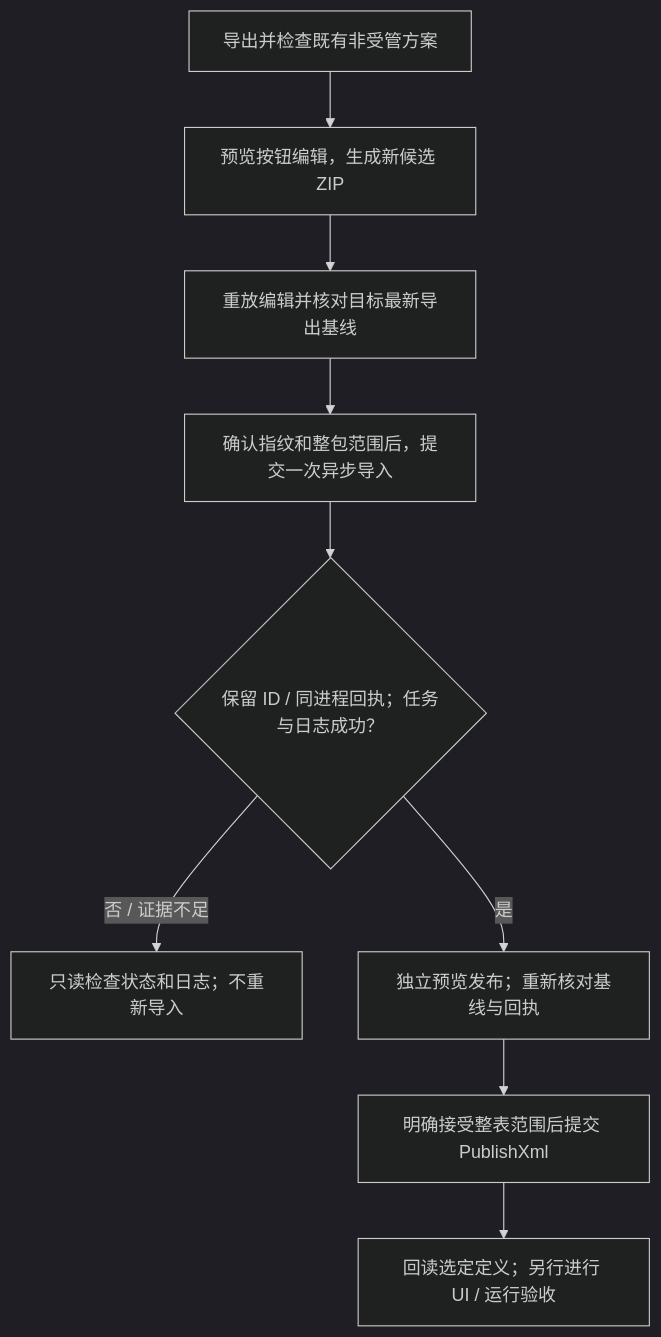
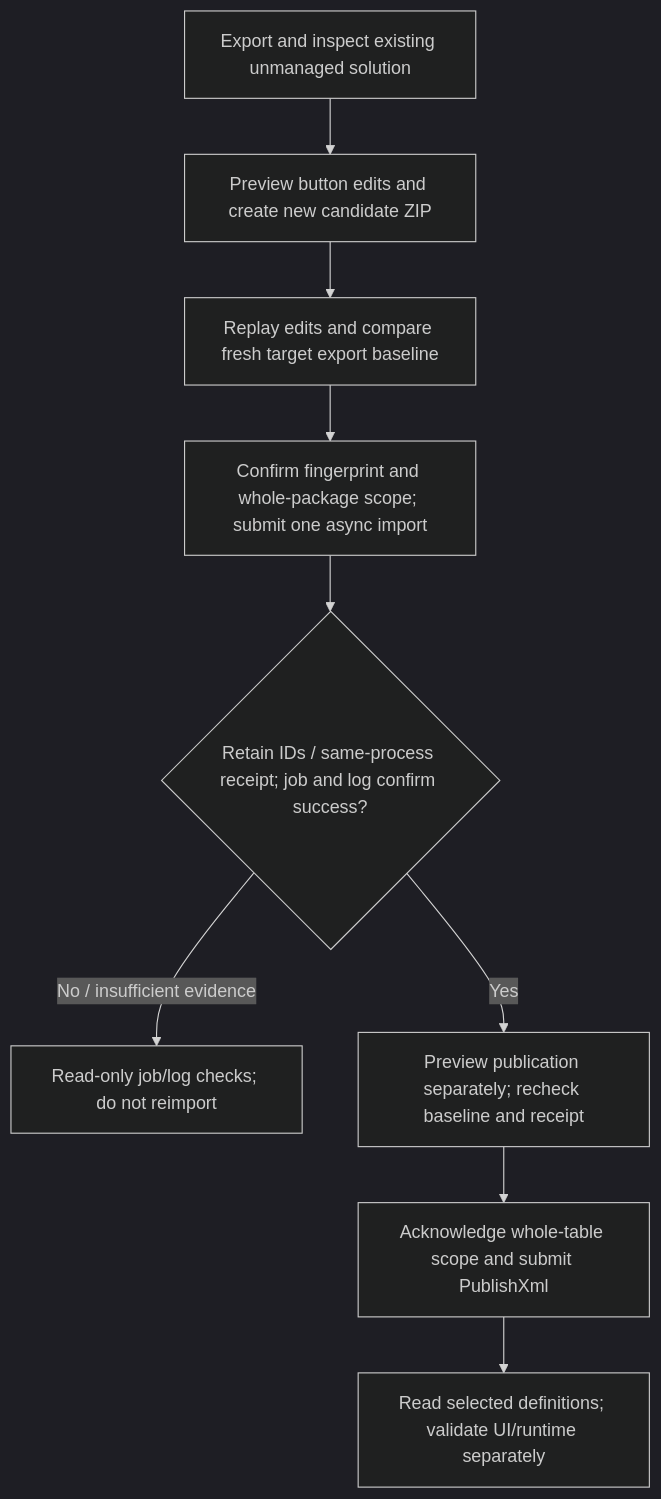
One commit to Kenny-666/Dynamics365-mcp-server changed the fifth of 5 diagrams in README.md. Above: the diagram before and after it, drawn with Mermaid (dark theme). The commit also changed other lines of this file and 11 other files, not shown here.

````diff
--- a/README.md
+++ b/README.md
@@ -368,11 +368,11 @@
 ```mermaid
 flowchart TD
-    Source["导出并检查既有非受管方案"] --> Candidate["预览按钮编辑，生成新候选 ZIP"]
-    Candidate --> Preflight["重放编辑并核对目标最新导出基线"]
-    Preflight --> Import["确认指纹和整包范围后，提交一次异步导入"]
-    Import --> Ready{"保留 ID / 同进程回执；任务与日志成功？"}
-    Ready -->|"否 / 证据不足"| Observe["只读检查状态和日志；不重新导入"]
-    Ready -->|"是"| PublishPlan["独立预览发布；重新核对基线与回执"]
-    PublishPlan --> Publish["明确接受整表范围后提交 PublishXml"]
-    Publish --> Verify["回读选定定义；另行进行 UI / 运行验收"]
+    Source["Export and inspect existing unmanaged solution"] --> Candidate["Preview button edits and create new candidate ZIP"]
+    Candidate --> Preflight["Replay edits and compare fresh target export baseline"]
+    Preflight --> Import["Confirm fingerprint and whole-package scope; submit one async import"]
+    Import --> Ready{"Retain IDs / same-process receipt; job and log confirm success?"}
+    Ready -->|"No / insufficient evidence"| Observe["Read-only job/log checks; do not reimport"]
+    Ready -->|"Yes"| PublishPlan["Preview publication separately; recheck baseline and receipt"]
+    PublishPlan --> Publish["Acknowledge whole-table scope and submit PublishXml"]
+    Publish --> Verify["Read selected definitions; validate UI/runtime separately"]
 ```
````
